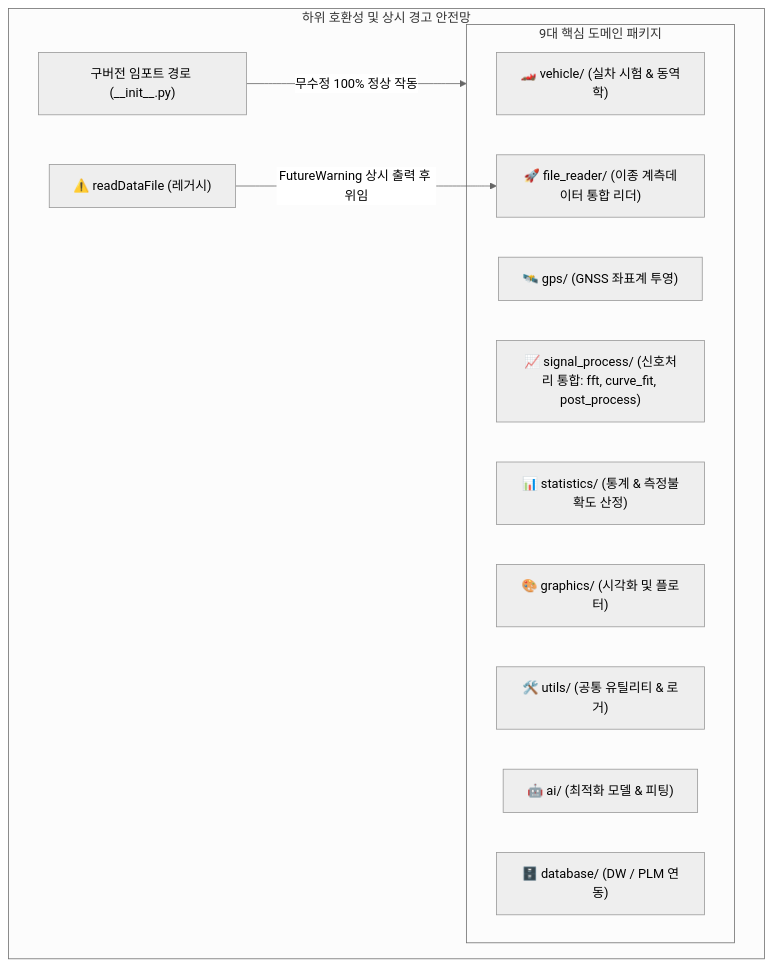
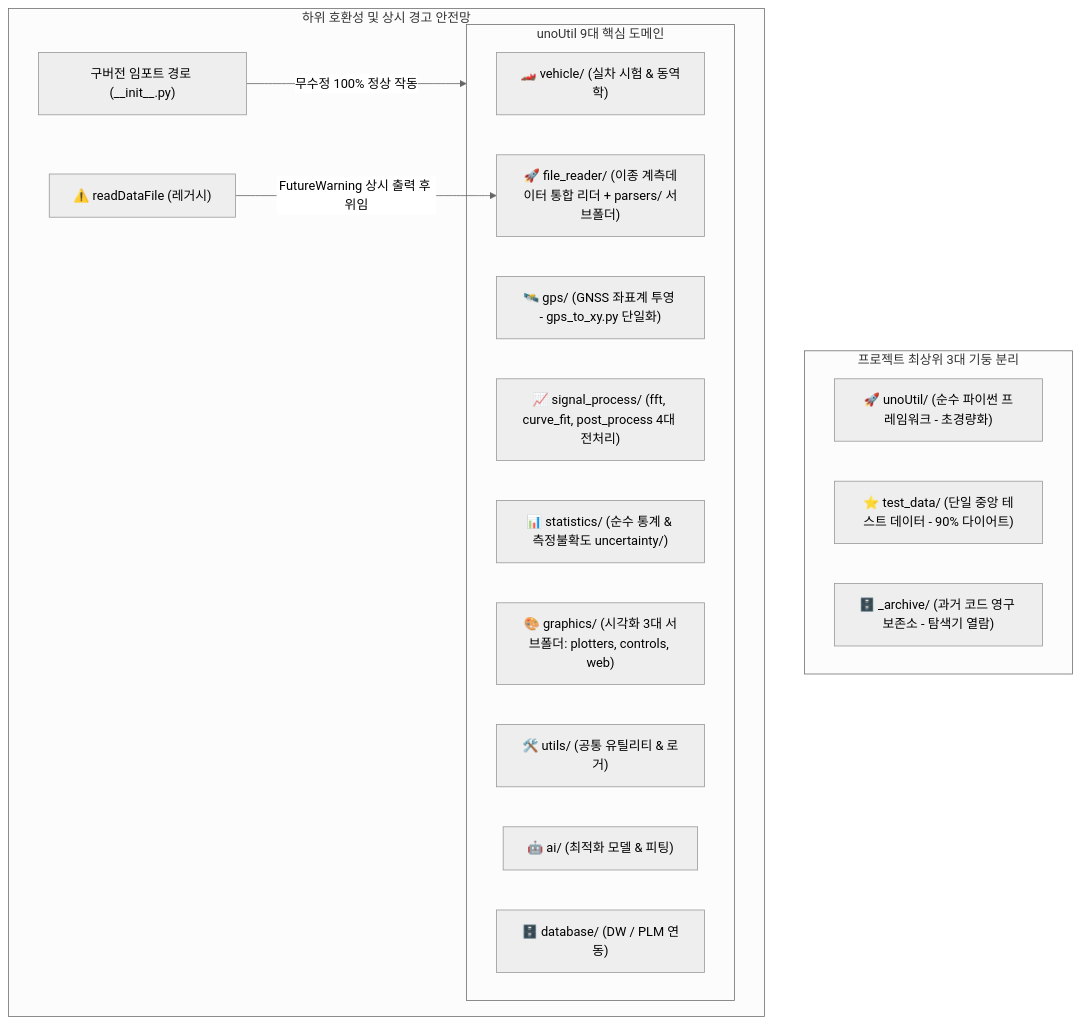
Before and after one commit to uunnooo/00_obsidian: the diagram in 02_Projects/회사_업무/20_unoUtil_모듈개발/UNOUTIL_ARCHITECTURE.md, drawn with Mermaid (neutral theme). The commit also changed other lines of this file and 9 other files, not shown here.

````diff
--- a/02_Projects/회사_업무/20_unoUtil_모듈개발/UNOUTIL_ARCHITECTURE.md
+++ b/02_Projects/회사_업무/20_unoUtil_모듈개발/UNOUTIL_ARCHITECTURE.md
@@ -9,19 +12,25 @@
 ```mermaid
 flowchart TD
-    subgraph Core_Domains [9대 핵심 도메인 패키지]
+    subgraph Storage_Isolation [프로젝트 최상위 3대 기둥 분리]
+        P_CODE["🚀 unoUtil/ (순수 파이썬 프레임워크 - 초경량화)"]
+        T_DATA["⭐ test_data/ (단일 중앙 테스트 데이터 - 90% 다이어트)"]
+        ARCH["🗄️ _archive/ (과거 코드 영구 보존소 - 탐색기 열람)"]
+    end
+
+    subgraph Core_Domains [unoUtil 9대 핵심 도메인]
         V["🏎️ vehicle/ (실차 시험 & 동역학)"]
-        G["🛰️ gps/ (GNSS 좌표계 투영)"]
-        FR["🚀 file_reader/ (이종 계측데이터 통합 리더)"]
-        SP["📈 signal_process/ (신호처리 통합: fft, curve_fit, post_process)"]
-        ST["📊 statistics/ (통계 & 측정불확도 산정)"]
-        GR["🎨 graphics/ (시각화 및 플로터)"]
+        G["🛰️ gps/ (GNSS 좌표계 투영 - gps_to_xy.py 단일화)"]
+        FR["🚀 file_reader/ (이종 계측데이터 통합 리더 + parsers/ 서브폴더)"]
+        SP["📈 signal_process/ (fft, curve_fit, post_process 4대 전처리)"]
+        ST["📊 statistics/ (순수 통계 & 측정불확도 uncertainty/)"]
+        GR["🎨 graphics/ (시각화 3대 서브폴더: plotters, controls, web)"]
         UT["🛠️ utils/ (공통 유틸리티 & 로거)"]
         AI["🤖 ai/ (최적화 모델 & 피팅)"]
         DB["🗄️ database/ (DW / PLM 연동)"]
     end
 
     subgraph Safety_Layer [하위 호환성 및 상시 경고 안전망]
         RDF["⚠️ readDataFile (레거시)"] -->|FutureWarning 상시 출력 후 위임| FR
         OLD["구버전 임포트 경로 (__init__.py)"] -->|무수정 100% 정상 작동| Core_Domains
     end
 ```
````
